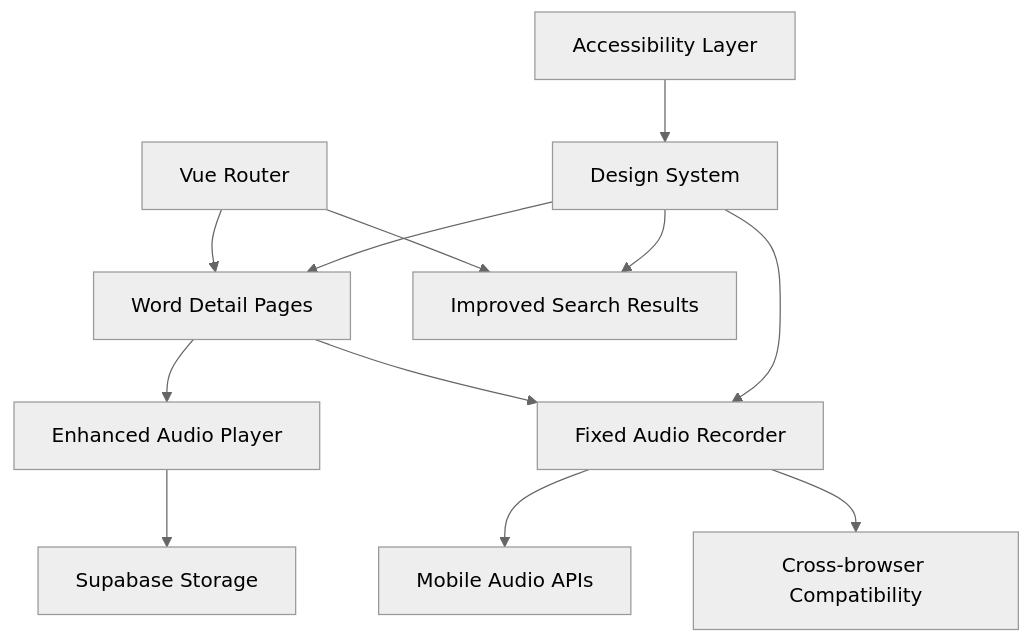
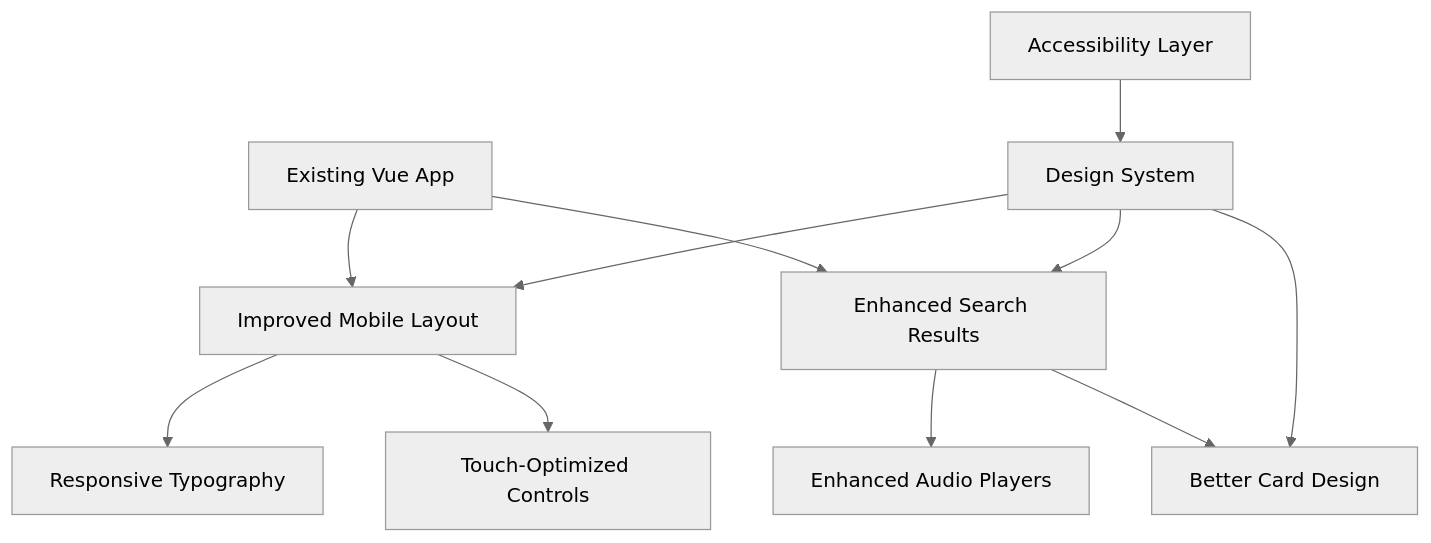
One commit to myklee/taigi-dict-app changed the diagram in .kiro/specs/ui-improvements/design.md. Above: the diagram before and after it, drawn with Mermaid (neutral theme). The commit also changed other lines of this file and 8 other files, not shown here.

````diff
--- a/.kiro/specs/ui-improvements/design.md
+++ b/.kiro/specs/ui-improvements/design.md
@@ -11,14 +11,13 @@
 ```mermaid
 graph TB
-    A[Vue Router] --> B[Word Detail Pages]
-    A --> C[Improved Search Results]
-    B --> D[Enhanced Audio Player]
-    B --> E[Fixed Audio Recorder]
-    E --> F[Mobile Audio APIs]
-    E --> G[Cross-browser Compatibility]
-    D --> H[Supabase Storage]
-    I[Design System] --> B
-    I --> C
-    I --> E
-    J[Accessibility Layer] --> I
+    A[Existing Vue App] --> B[Enhanced Search Results]
+    A --> C[Improved Mobile Layout]
+    B --> D[Better Card Design]
+    B --> E[Enhanced Audio Players]
+    C --> F[Touch-Optimized Controls]
+    C --> G[Responsive Typography]
+    H[Design System] --> B
+    H --> C
+    H --> D
+    I[Accessibility Layer] --> H
 ```
````
